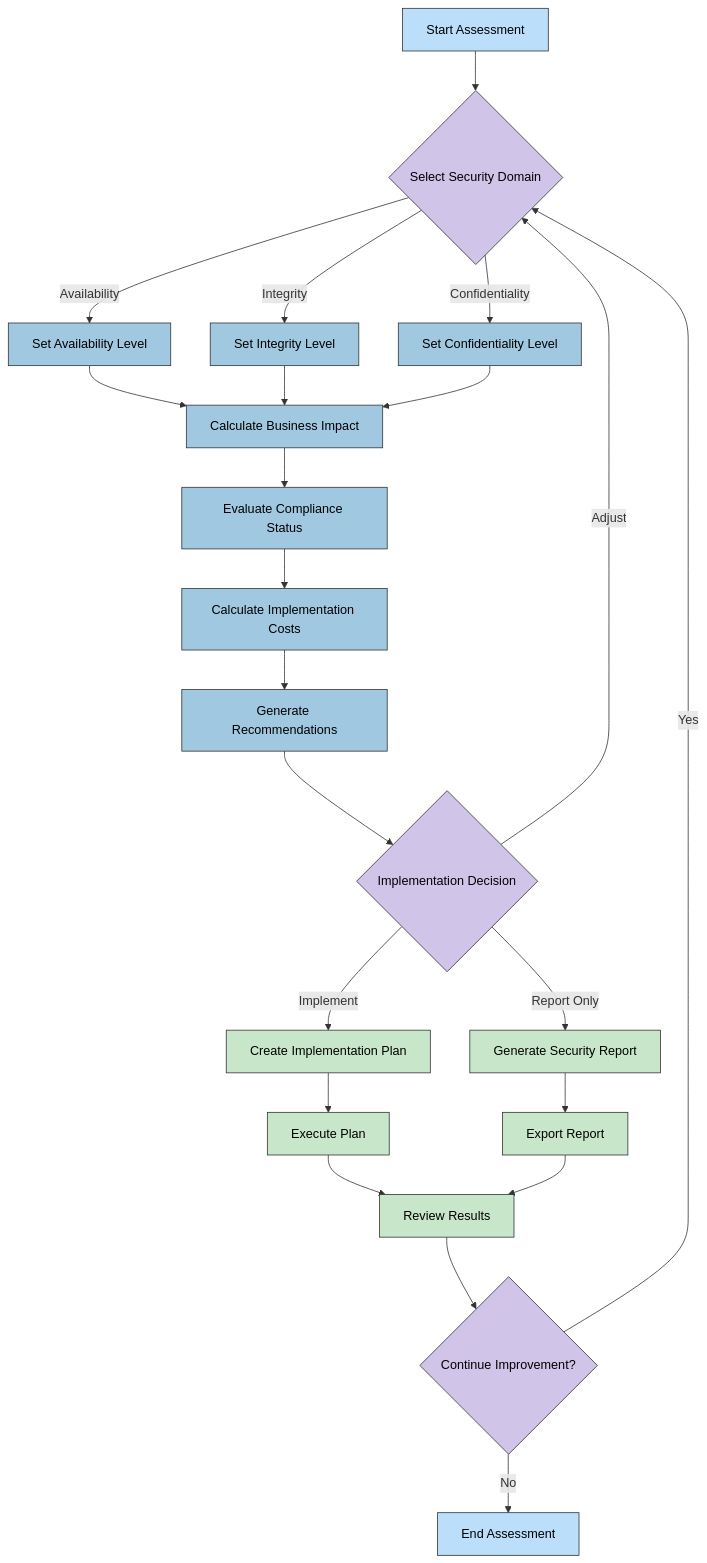
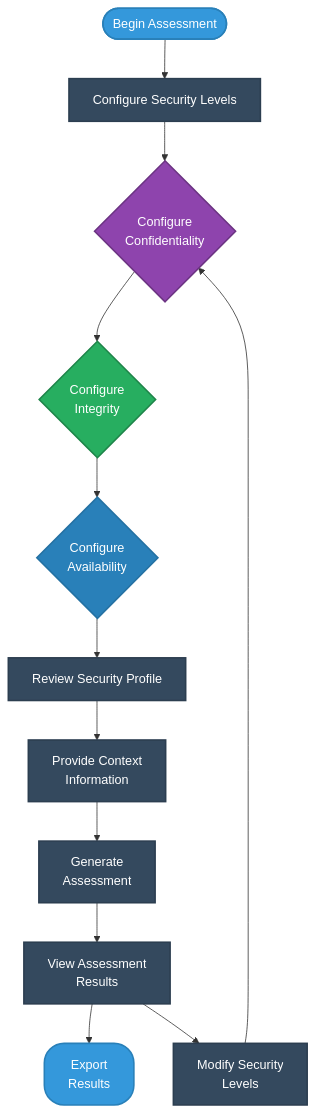
One commit to Hack23/cia-compliance-manager changed the first of 5 diagrams in docs/architecture/FLOWCHART.md. Above: the diagram before and after it, drawn with Mermaid. The commit also changed other lines of this file and 7 other files, not shown here.

````diff
--- a/docs/architecture/FLOWCHART.md
+++ b/docs/architecture/FLOWCHART.md
@@ -32,40 +21,28 @@
 ```mermaid
 flowchart TD
-    A[Start Assessment] --> B{Select Security Domain}
-    B -->|Availability| C1[Set Availability Level]
-    B -->|Integrity| C2[Set Integrity Level]
-    B -->|Confidentiality| C3[Set Confidentiality Level]
-
-    C1 --> D[Calculate Business Impact]
-    C2 --> D
-    C3 --> D
-
-    D --> E[Evaluate Compliance Status]
-    E --> F[Calculate Implementation Costs]
-    F --> G[Generate Recommendations]
-
-    G --> H{Implementation Decision}
-    H -->|Implement| I[Create Implementation Plan]
-    H -->|Adjust| B
-    H -->|Report Only| J[Generate Security Report]
-
-    I --> K[Execute Plan]
-    J --> L[Export Report]
-    K --> M[Review Results]
-    L --> M
-    M --> N{Continue Improvement?}
-    N -->|Yes| B
-    N -->|No| O[End Assessment]
-
-    %% Cool color scheme
-    classDef startState fill:#bbdefb,stroke:#333,stroke-width:1px,color:black
-    classDef process fill:#a0c8e0,stroke:#333,stroke-width:1px,color:black
-    classDef decision fill:#d1c4e9,stroke:#333,stroke-width:1px,color:black
-    classDef action fill:#c8e6c9,stroke:#333,stroke-width:1px,color:black
-    classDef endState fill:#86b5d9,stroke:#333,stroke-width:1px,color:black
-
-    class A,O startState
-    class C1,C2,C3,D,E,F,G process
-    class B,H,N decision
-    class I,J,K,L,M action
+    Start([Begin Assessment]) --> SecurityLevel[Configure Security Levels]
+    SecurityLevel --> CA{Configure<br>Confidentiality}
+    CA --> I{Configure<br>Integrity}
+    I --> A{Configure<br>Availability}
+    A --> Review[Review Security Profile]
+    Review --> ProvideContext[Provide Context<br>Information]
+    ProvideContext --> GenerateAssessment[Generate<br>Assessment]
+    GenerateAssessment --> ViewResults[View Assessment<br>Results]
+    ViewResults --> Export[Export<br>Results]
+    ViewResults --> Modify[Modify Security<br>Levels]
+    Modify --> CA
+    
+    %% Apply styles using class definitions
+    classDef startend fill:#3498db,stroke:#2980b9,stroke-width:2px,color:white,rx:25
+    classDef process fill:#34495e,stroke:#2c3e50,stroke-width:2px,color:white
+    classDef decision fill:#9b59b6,stroke:#8e44ad,stroke-width:2px,color:white
+    classDef confidentiality fill:#8e44ad,stroke:#6c3483,stroke-width:2px,color:white
+    classDef integrity fill:#27ae60,stroke:#1e8449,stroke-width:2px,color:white
+    classDef availability fill:#2980b9,stroke:#2471a3,stroke-width:2px,color:white
+    
+    class Start,Export startend
+    class SecurityLevel,Review,ProvideContext,GenerateAssessment,ViewResults,Modify process
+    class CA confidentiality
+    class I integrity
+    class A availability
 ```
````
